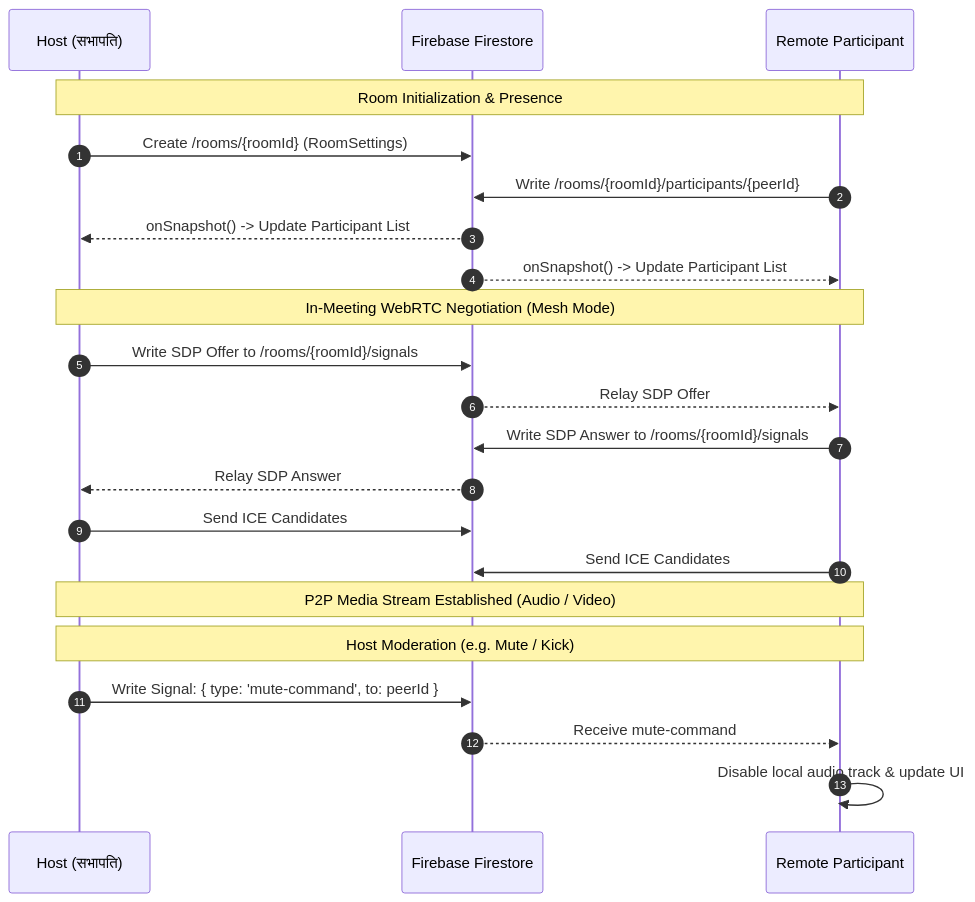
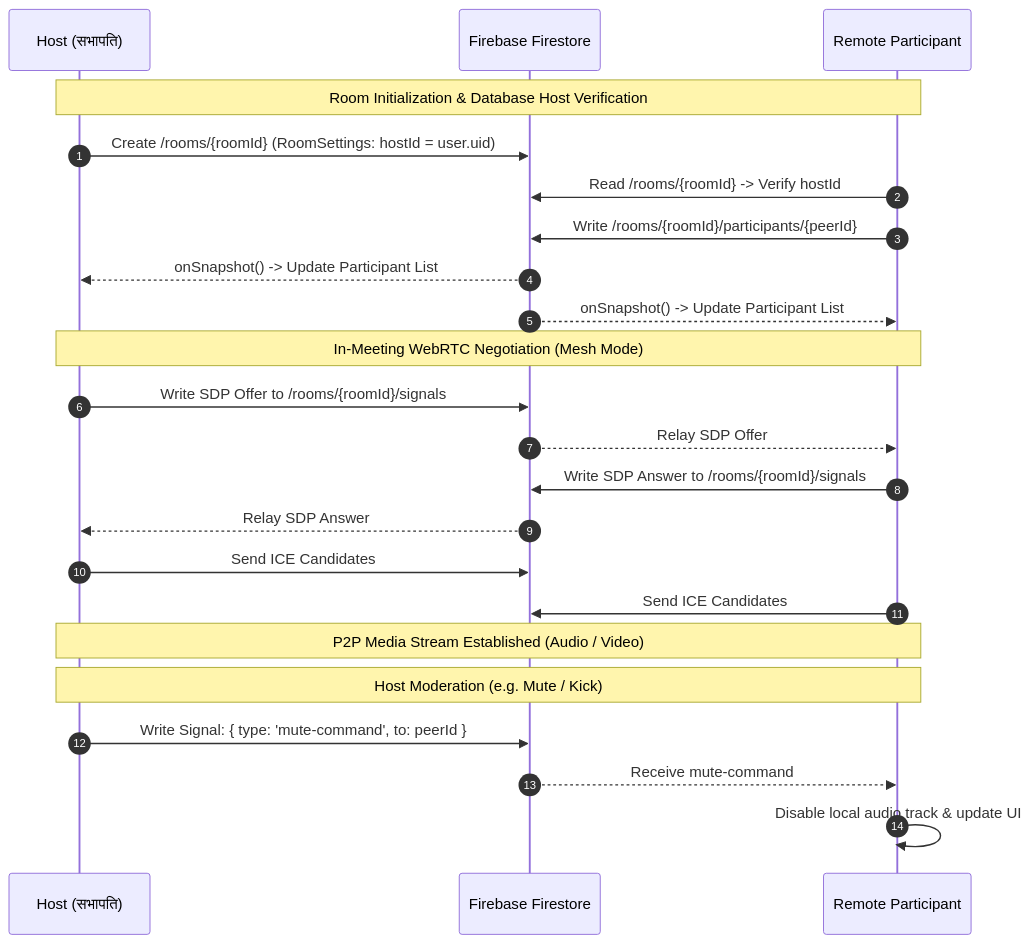
Before and after one commit to Harshjsh02/Sabha-: the diagram in docs/SYSTEM_ARCHITECTURE.md, drawn with Mermaid. The commit also changed other lines of this file and 13 other files, not shown here.

````diff
--- a/docs/SYSTEM_ARCHITECTURE.md
+++ b/docs/SYSTEM_ARCHITECTURE.md
@@ -81,27 +90,28 @@
 ```mermaid
 sequenceDiagram
     autonumber
     participant Host as Host (सभापति)
     participant Firestore as Firebase Firestore
     participant Peer as Remote Participant
 
-    Note over Host, Peer: Room Initialization & Presence
-    Host->>Firestore: Create /rooms/{roomId} (RoomSettings)
+    Note over Host, Peer: Room Initialization & Database Host Verification
+    Host->>Firestore: Create /rooms/{roomId} (RoomSettings: hostId = user.uid)
+    Peer->>Firestore: Read /rooms/{roomId} -> Verify hostId
     Peer->>Firestore: Write /rooms/{roomId}/participants/{peerId}
     Firestore-->>Host: onSnapshot() -> Update Participant List
     Firestore-->>Peer: onSnapshot() -> Update Participant List
 
     Note over Host, Peer: In-Meeting WebRTC Negotiation (Mesh Mode)
     Host->>Firestore: Write SDP Offer to /rooms/{roomId}/signals
     Firestore-->>Peer: Relay SDP Offer
     Peer->>Firestore: Write SDP Answer to /rooms/{roomId}/signals
     Firestore-->>Host: Relay SDP Answer
     Host->>Firestore: Send ICE Candidates
     Peer->>Firestore: Send ICE Candidates
     Note over Host, Peer: P2P Media Stream Established (Audio / Video)
 
     Note over Host, Peer: Host Moderation (e.g. Mute / Kick)
     Host->>Firestore: Write Signal: { type: 'mute-command', to: peerId }
     Firestore-->>Peer: Receive mute-command
     Peer->>Peer: Disable local audio track & update UI
 ```
````
